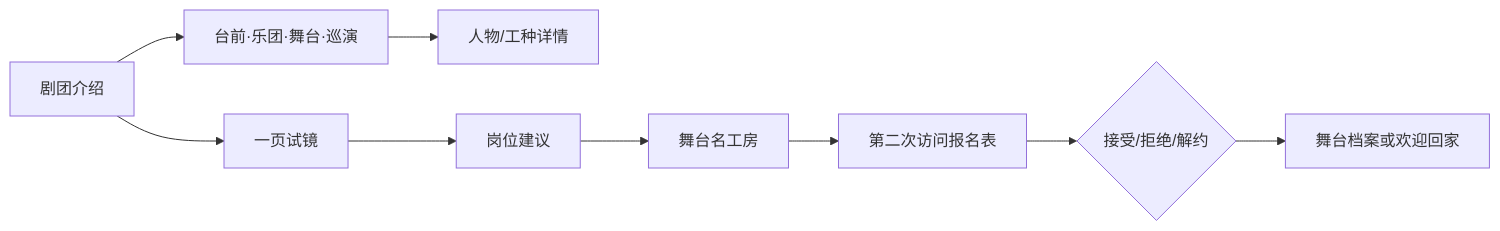
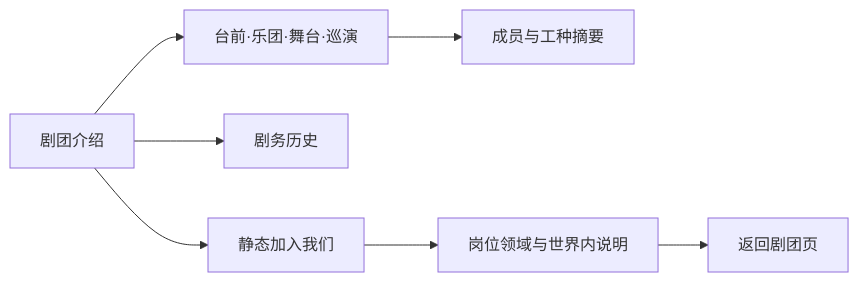
Before and after one commit to Selloryebir/crimson_troupe: the diagram in docs/blueprint/03_journeys/maps/09_剧团与加入我们.mmd, drawn with Mermaid. The commit also changed 108 other files, not shown here.

```diff
--- a/docs/blueprint/03_journeys/maps/09_剧团与加入我们.mmd
+++ b/docs/blueprint/03_journeys/maps/09_剧团与加入我们.mmd
@@ -1,9 +1,7 @@
 flowchart LR
   Troupe[剧团介绍] --> Departments[台前·乐团·舞台·巡演]
-  Departments --> Person[人物/工种详情]
-  Troupe --> Join[一页试镜]
-  Join --> Role[岗位建议]
-  Role --> Name[舞台名工房]
-  Name --> Return[第二次访问报名表]
-  Return --> Decide{接受/拒绝/解约}
-  Decide --> Home[舞台档案或欢迎回家]
+  Departments --> Person[成员与工种摘要]
+  Troupe --> History[剧务历史]
+  Troupe --> Join[静态加入我们]
+  Join --> Fields[岗位领域与世界内说明]
+  Fields --> Return[返回剧团页]
```
